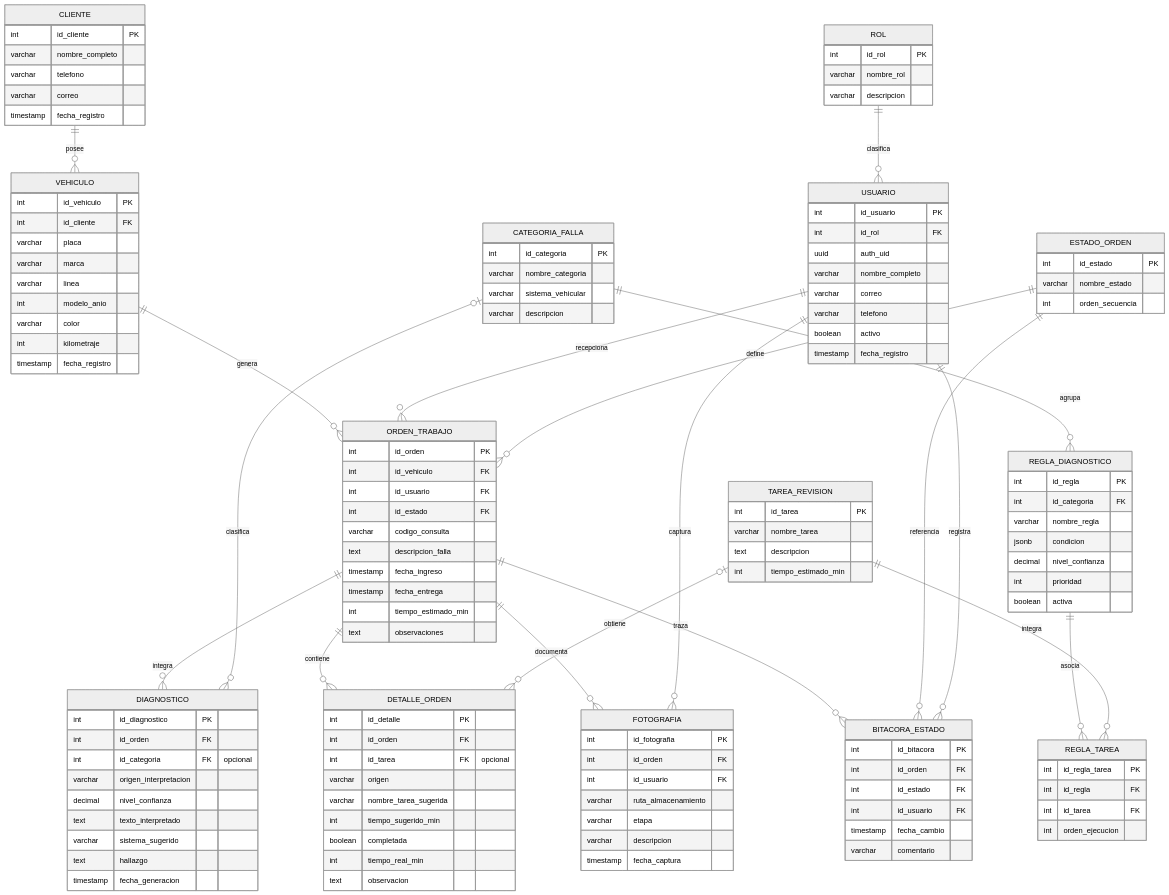
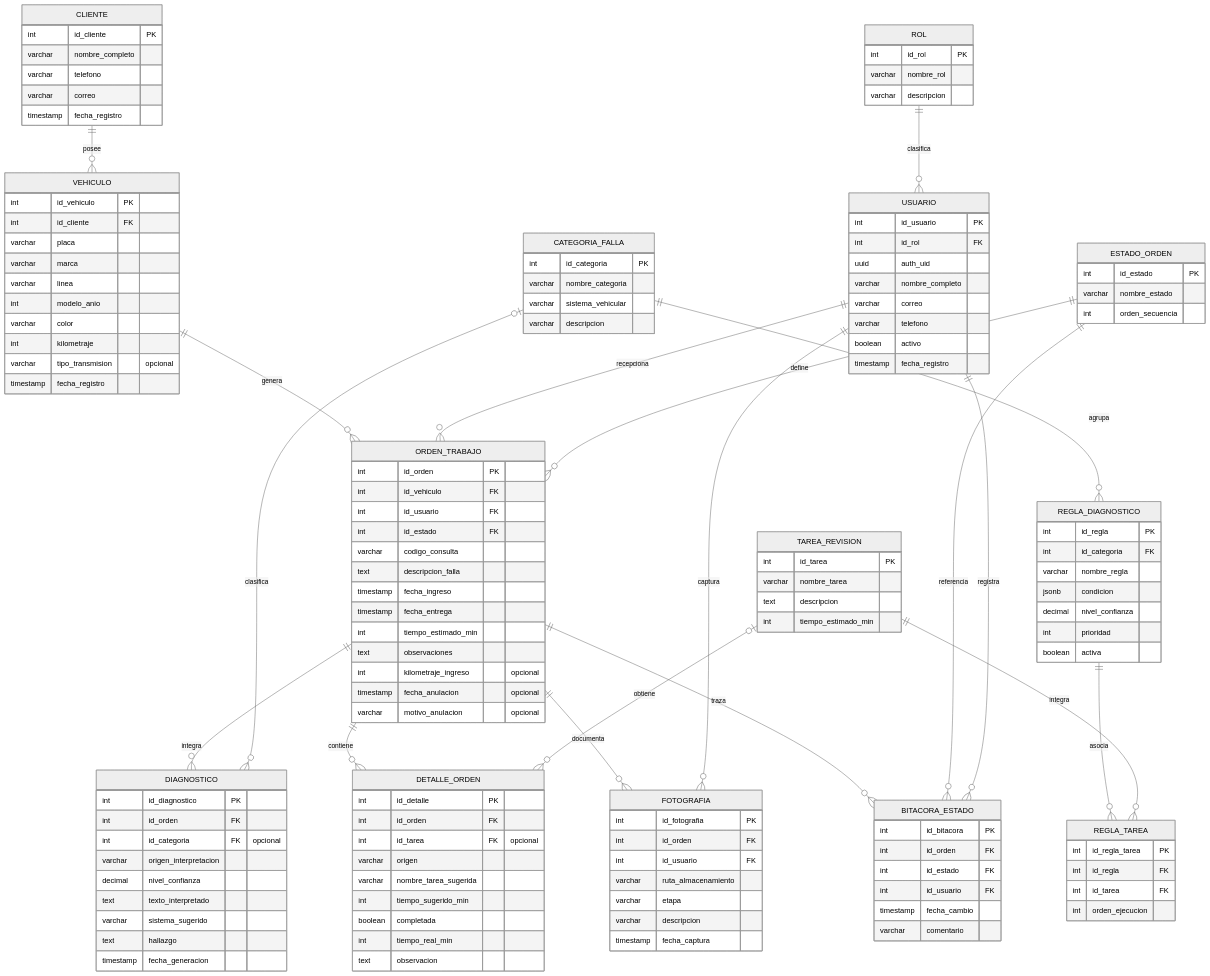
The diagram in documentacion/diagrama_er_rapiservicios.mmd (Elias8agit/rapiservicios), drawn with Mermaid (neutral theme) before and after one commit. The commit also changed 32 other files, not shown here.

```diff
--- a/documentacion/diagrama_er_rapiservicios.mmd
+++ b/documentacion/diagrama_er_rapiservicios.mmd
@@ -1,135 +1,139 @@
 erDiagram
     ROL {
         int id_rol PK
         varchar nombre_rol
         varchar descripcion
     }
     USUARIO {
         int id_usuario PK
         int id_rol FK
         uuid auth_uid
         varchar nombre_completo
         varchar correo
         varchar telefono
         boolean activo
         timestamp fecha_registro
     }
     CLIENTE {
         int id_cliente PK
         varchar nombre_completo
         varchar telefono
         varchar correo
         timestamp fecha_registro
     }
     VEHICULO {
         int id_vehiculo PK
         int id_cliente FK
         varchar placa
         varchar marca
         varchar linea
         int modelo_anio
         varchar color
         int kilometraje
+        varchar tipo_transmision "opcional"
         timestamp fecha_registro
     }
     CATEGORIA_FALLA {
         int id_categoria PK
         varchar nombre_categoria
         varchar sistema_vehicular
         varchar descripcion
     }
     TAREA_REVISION {
         int id_tarea PK
         varchar nombre_tarea
         text descripcion
         int tiempo_estimado_min
     }
     REGLA_DIAGNOSTICO {
         int id_regla PK
         int id_categoria FK
         varchar nombre_regla
         jsonb condicion
         decimal nivel_confianza
         int prioridad
         boolean activa
     }
     REGLA_TAREA {
         int id_regla_tarea PK
         int id_regla FK
         int id_tarea FK
         int orden_ejecucion
     }
     ESTADO_ORDEN {
         int id_estado PK
         varchar nombre_estado
         int orden_secuencia
     }
     ORDEN_TRABAJO {
         int id_orden PK
         int id_vehiculo FK
         int id_usuario FK
         int id_estado FK
         varchar codigo_consulta
         text descripcion_falla
         timestamp fecha_ingreso
         timestamp fecha_entrega
         int tiempo_estimado_min
         text observaciones
+        int kilometraje_ingreso "opcional"
+        timestamp fecha_anulacion "opcional"
+        varchar motivo_anulacion "opcional"
     }
     DIAGNOSTICO {
         int id_diagnostico PK
         int id_orden FK
         int id_categoria FK "opcional"
         varchar origen_interpretacion
         decimal nivel_confianza
         text texto_interpretado
         varchar sistema_sugerido
         text hallazgo
         timestamp fecha_generacion
     }
     DETALLE_ORDEN {
         int id_detalle PK
         int id_orden FK
         int id_tarea FK "opcional"
         varchar origen
         varchar nombre_tarea_sugerida
         int tiempo_sugerido_min
         boolean completada
         int tiempo_real_min
         text observacion
     }
     FOTOGRAFIA {
         int id_fotografia PK
         int id_orden FK
         int id_usuario FK
         varchar ruta_almacenamiento
         varchar etapa
         varchar descripcion
         timestamp fecha_captura
     }
     BITACORA_ESTADO {
         int id_bitacora PK
         int id_orden FK
         int id_estado FK
         int id_usuario FK
         timestamp fecha_cambio
         varchar comentario
     }
 
     ROL ||--o{ USUARIO : clasifica
     CLIENTE ||--o{ VEHICULO : posee
     VEHICULO ||--o{ ORDEN_TRABAJO : genera
     USUARIO ||--o{ ORDEN_TRABAJO : recepciona
     ESTADO_ORDEN ||--o{ ORDEN_TRABAJO : define
     ORDEN_TRABAJO ||--o{ DIAGNOSTICO : integra
     CATEGORIA_FALLA |o--o{ DIAGNOSTICO : clasifica
     ORDEN_TRABAJO ||--o{ DETALLE_ORDEN : contiene
     TAREA_REVISION |o--o{ DETALLE_ORDEN : obtiene
     ORDEN_TRABAJO ||--o{ FOTOGRAFIA : documenta
     USUARIO ||--o{ FOTOGRAFIA : captura
     ORDEN_TRABAJO ||--o{ BITACORA_ESTADO : traza
     ESTADO_ORDEN ||--o{ BITACORA_ESTADO : referencia
     USUARIO ||--o{ BITACORA_ESTADO : registra
     CATEGORIA_FALLA ||--o{ REGLA_DIAGNOSTICO : agrupa
     REGLA_DIAGNOSTICO ||--o{ REGLA_TAREA : asocia
     TAREA_REVISION ||--o{ REGLA_TAREA : integra
```
